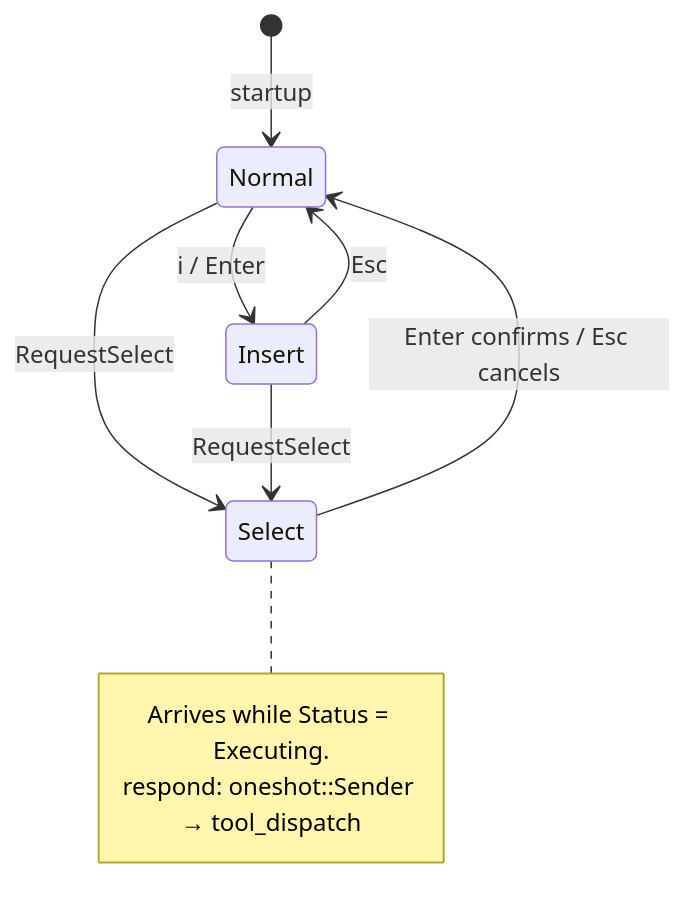
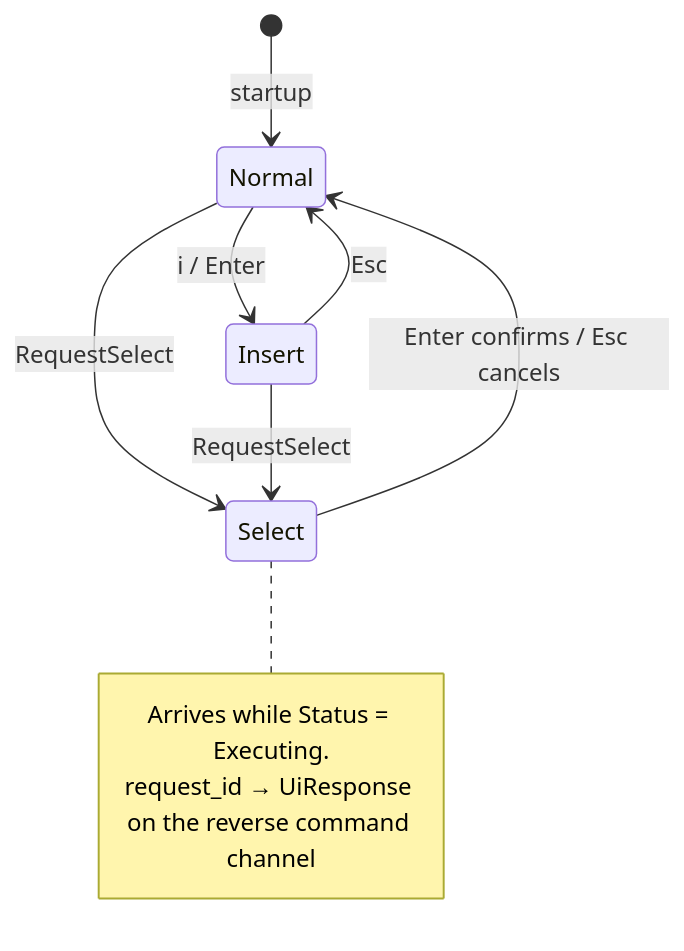
Before and after one commit to rust-infra/tact: the sixth of 9 diagrams in book/25_chapter_protocol.md, drawn with Mermaid. The commit also changed other lines of this file and 31 other files, not shown here.

````diff
--- a/book/25_chapter_protocol.md
+++ b/book/25_chapter_protocol.md
@@ -287,16 +300,16 @@
 ```mermaid
 stateDiagram-v2
     [*] --> Normal: startup
 
     Normal --> Insert: i / Enter
     Insert --> Normal: Esc
 
     Normal --> Select: RequestSelect
     Insert --> Select: RequestSelect
     Select --> Normal: Enter confirms / Esc cancels
 
     note right of Select
         Arrives while Status = Executing.
-        respond: oneshot::Sender → tool_dispatch
+        request_id → UiResponse on the reverse command channel
     end note
 ```
````
